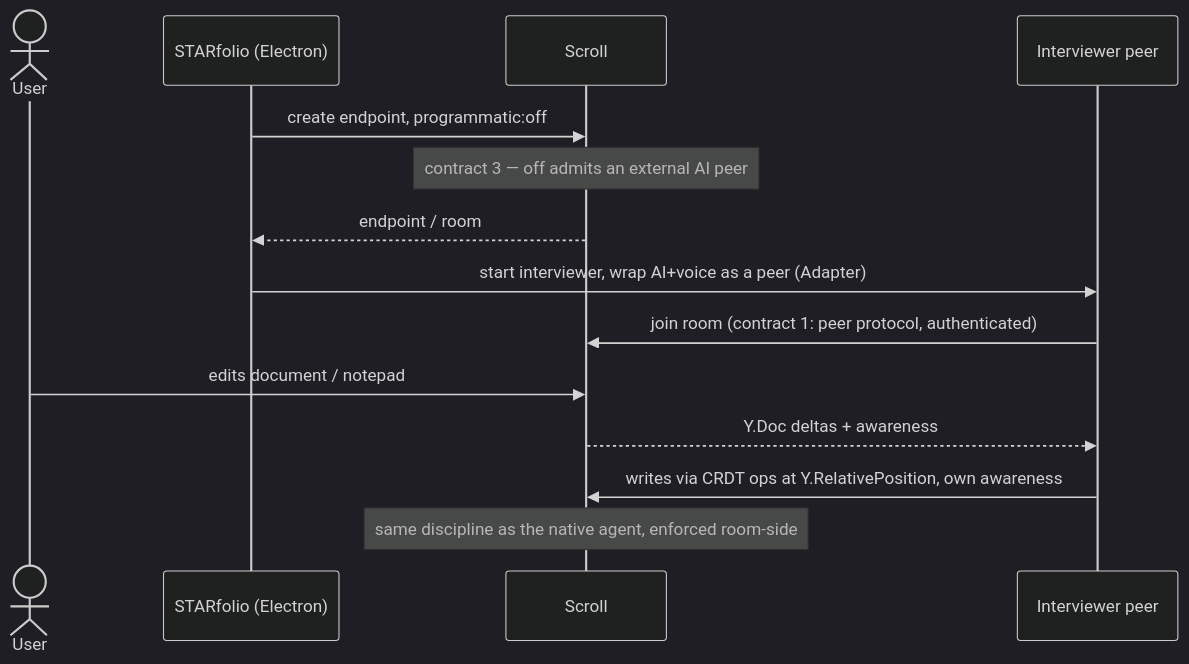
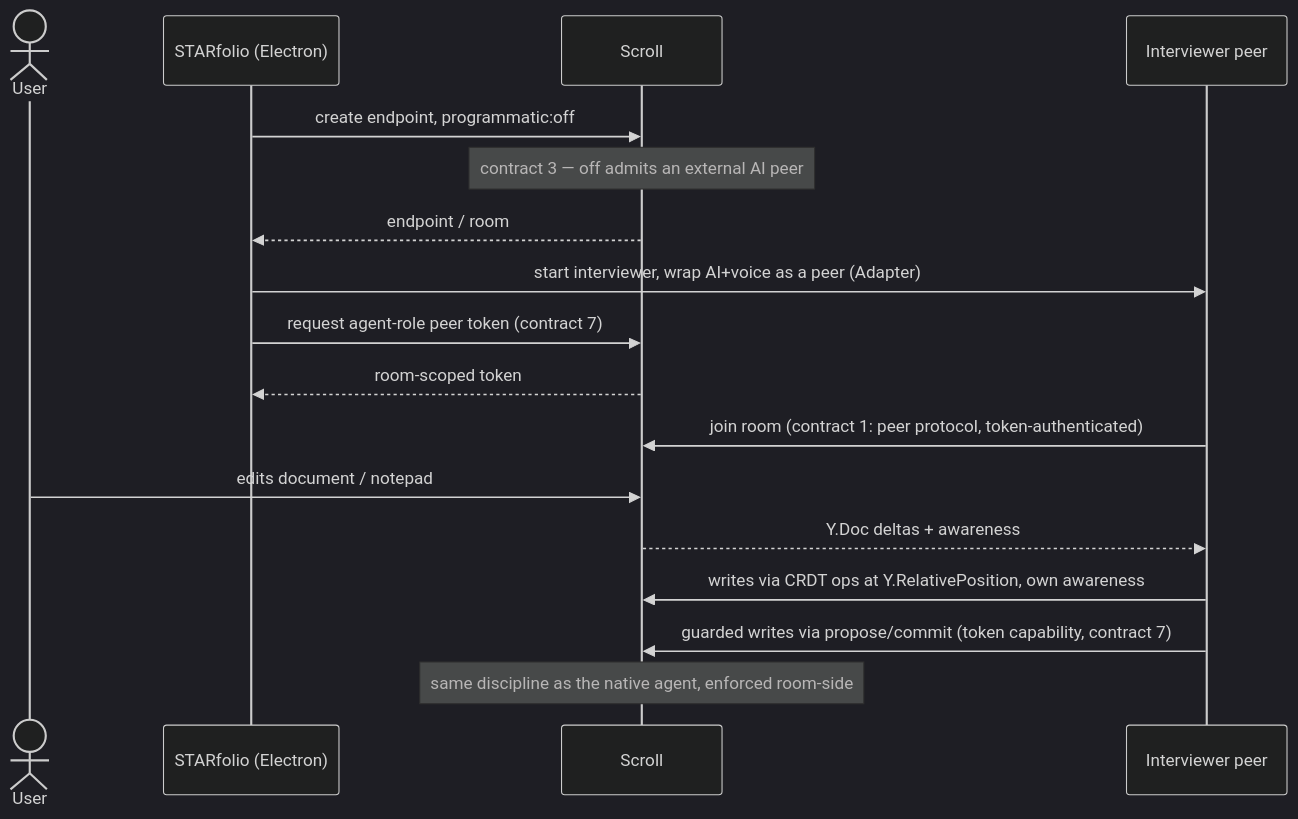
Before and after one commit to cordialApple/Scroll: the third of 3 diagrams in docs/architecture/sample-implementation.md, drawn with Mermaid (dark theme). The commit also changed other lines of this file and 12 other files, not shown here.

````diff
--- a/docs/architecture/sample-implementation.md
+++ b/docs/architecture/sample-implementation.md
@@ -81,17 +85,20 @@
 ```mermaid
 sequenceDiagram
   actor User
   participant SF as STARfolio (Electron)
   participant Scroll
   participant IV as Interviewer peer
 
   SF->>Scroll: create endpoint, programmatic:off
   Note over Scroll: contract 3 — off admits an external AI peer
   Scroll-->>SF: endpoint / room
   SF->>IV: start interviewer, wrap AI+voice as a peer (Adapter)
-  IV->>Scroll: join room (contract 1: peer protocol, authenticated)
+  SF->>Scroll: request agent-role peer token (contract 7)
+  Scroll-->>SF: room-scoped token
+  IV->>Scroll: join room (contract 1: peer protocol, token-authenticated)
   User->>Scroll: edits document / notepad
   Scroll-->>IV: Y.Doc deltas + awareness
   IV->>Scroll: writes via CRDT ops at Y.RelativePosition, own awareness
+  IV->>Scroll: guarded writes via propose/commit (token capability, contract 7)
   Note over Scroll: same discipline as the native agent, enforced room-side
 ```
````
